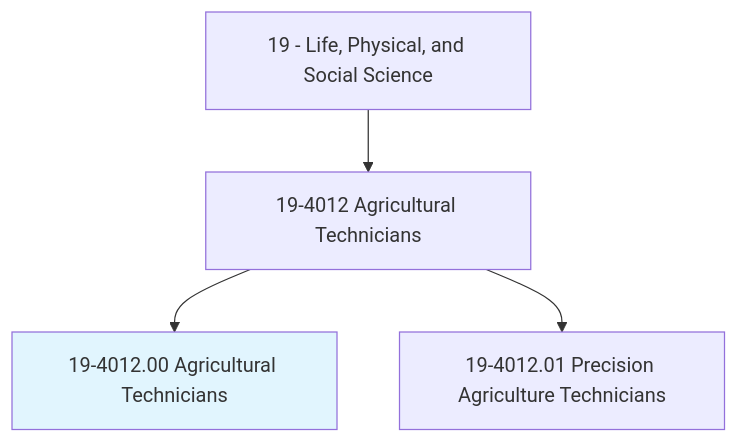
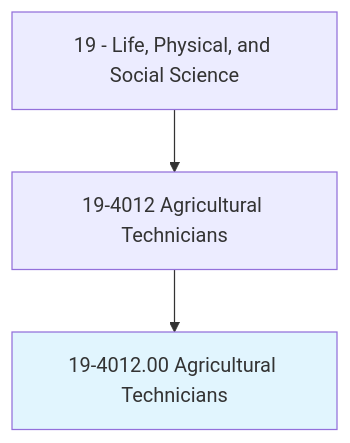
The first of 4 diagrams in occupations/Science/AgriculturalTechnicians.mdx (kziemski/business.org.ai), drawn with Mermaid before and after one commit. The commit also changed other lines of this file and 938 other files, not shown here.

````diff
--- a/occupations/Science/AgriculturalTechnicians.mdx
+++ b/occupations/Science/AgriculturalTechnicians.mdx
@@ -19,7 +23,6 @@
 ```mermaid
 graph TD
     Cat19["19 - Life, Physical, and Social Science"] --> Group194012["19-4012 Agricultural Technicians"]
     Group194012 --> Current["19-4012.00 Agricultural Technicians"]
     style Current fill:#e1f5fe
-    Group194012 --> V19401201["19-4012.01 Precision Agriculture Technicians"]
 ```
````
